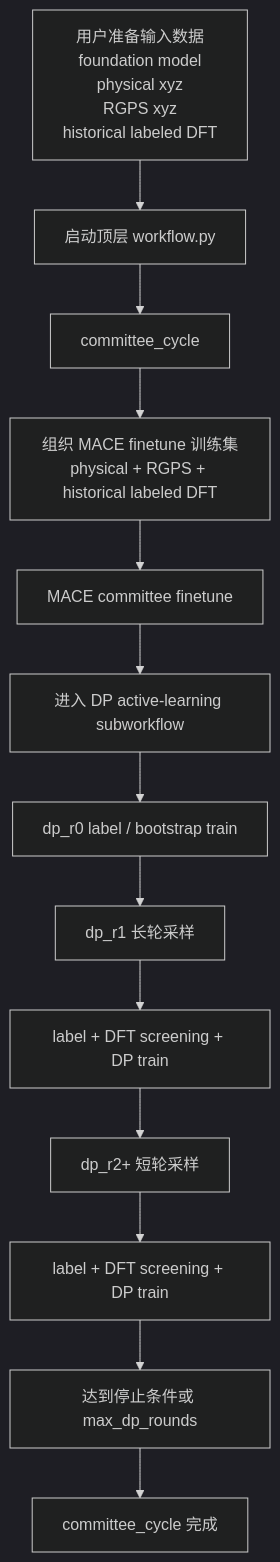
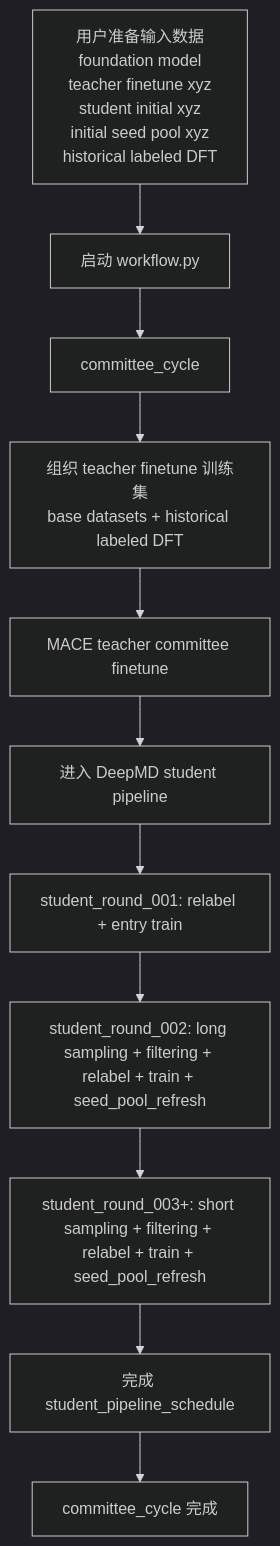
The diagram in USER_MANUAL.md (NanaKk0/DICE), drawn with Mermaid (dark theme) before and after one commit. The commit also changed other lines of this file and 4 other files, not shown here.

````diff
--- a/USER_MANUAL.md
+++ b/USER_MANUAL.md
@@ -48,15 +47,13 @@
 ```mermaid
 flowchart TD
-    A["用户准备输入数据<br/>foundation model<br/>physical xyz<br/>RGPS xyz<br/>historical labeled DFT"] --> B["启动顶层 workflow.py"]
+    A["用户准备输入数据<br/>foundation model<br/>teacher finetune xyz<br/>student initial xyz<br/>initial seed pool xyz<br/>historical labeled DFT"] --> B["启动 workflow.py"]
     B --> C["committee_cycle"]
-    C --> D["组织 MACE finetune 训练集<br/>physical + RGPS + historical labeled DFT"]
-    D --> E["MACE committee finetune"]
-    E --> F["进入 DP active-learning subworkflow"]
-    F --> G["dp_r0 label / bootstrap train"]
-    G --> H["dp_r1 长轮采样"]
-    H --> I["label + DFT screening + DP train"]
-    I --> J["dp_r2+ 短轮采样"]
-    J --> K["label + DFT screening + DP train"]
-    K --> L["达到停止条件或 max_dp_rounds"]
-    L --> M["committee_cycle 完成"]
+    C --> D["组织 teacher finetune 训练集<br/>base datasets + historical labeled DFT"]
+    D --> E["MACE teacher committee finetune"]
+    E --> F["进入 DeepMD student pipeline"]
+    F --> G["student_round_001: relabel + entry train"]
+    G --> H["student_round_002: long sampling + filtering + relabel + train + seed_pool_refresh"]
+    H --> I["student_round_003+: short sampling + filtering + relabel + train + seed_pool_refresh"]
+    I --> J["完成 student_pipeline_schedule"]
+    J --> K["committee_cycle 完成"]
 ```
````
